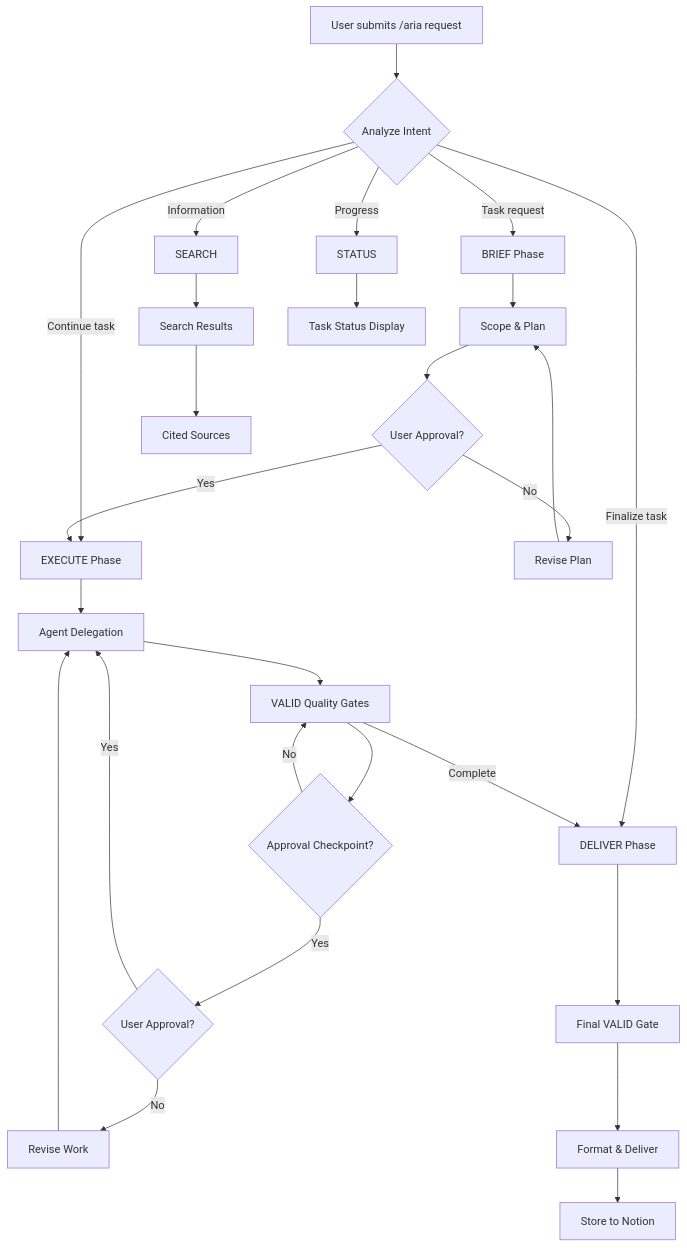
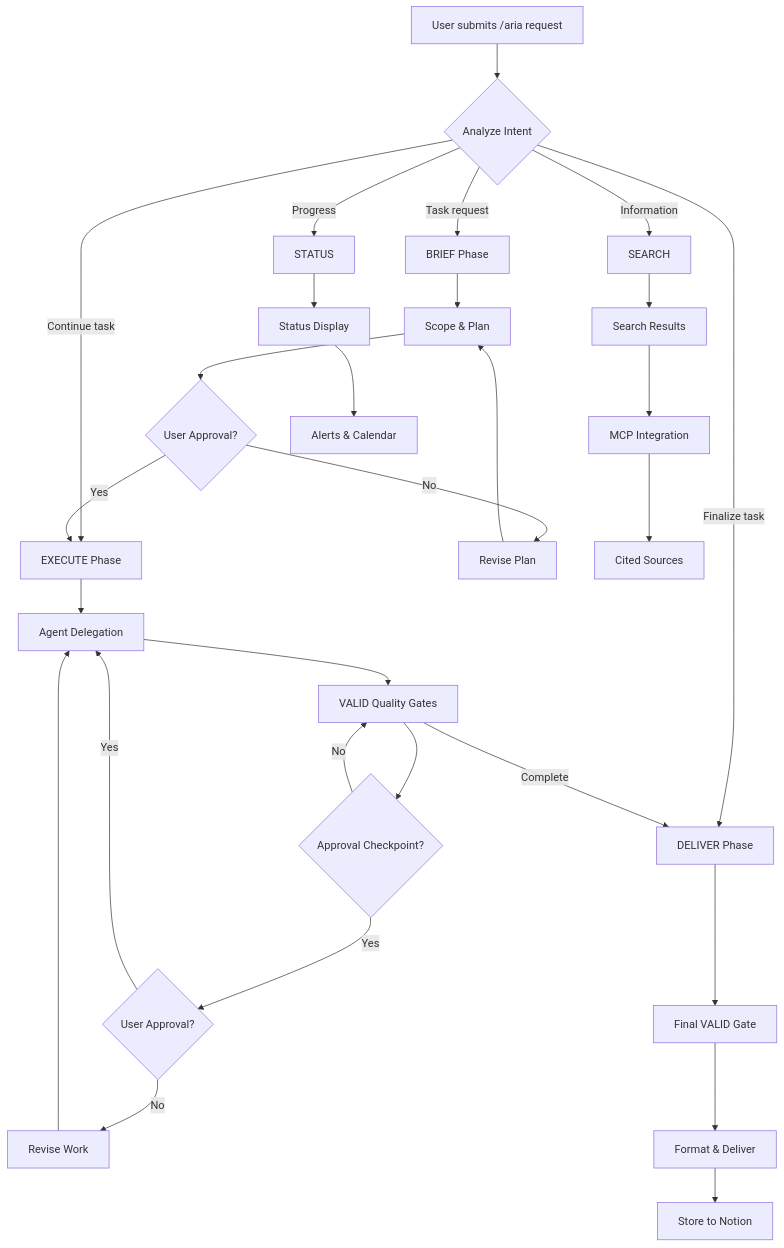
One commit to henry-1981/supervise changed the diagram in .claude/commands/aria.md. Above: the diagram before and after it, drawn with Mermaid. The commit also changed other lines of this file and 8 other files, not shown here.

````diff
--- a/.claude/commands/aria.md
+++ b/.claude/commands/aria.md
@@ -125,35 +269,37 @@
 ```mermaid
 graph TD
     A[User submits /aria request] --> B{Analyze Intent}
     B -->|Task request| C[BRIEF Phase]
     B -->|Continue task| D[EXECUTE Phase]
     B -->|Finalize task| E[DELIVER Phase]
     B -->|Information| F[SEARCH]
     B -->|Progress| G[STATUS]
 
     C --> H[Scope & Plan]
     H --> I{User Approval?}
     I -->|Yes| D
     I -->|No| J[Revise Plan]
     J --> H
 
     D --> K[Agent Delegation]
     K --> L[VALID Quality Gates]
     L --> M{Approval Checkpoint?}
     M -->|Yes| N{User Approval?}
     N -->|Yes| K
     N -->|No| O[Revise Work]
     O --> K
     M -->|No| L
 
     L -->|Complete| E
 
     E --> P[Final VALID Gate]
     P --> Q[Format & Deliver]
     Q --> R[Store to Notion]
 
     F --> S[Search Results]
-    S --> T[Cited Sources]
+    S --> T[MCP Integration]
+    T --> U[Cited Sources]
 
-    G --> U[Task Status Display]
+    G --> V[Status Display]
+    V --> W[Alerts & Calendar]
 ```
````
